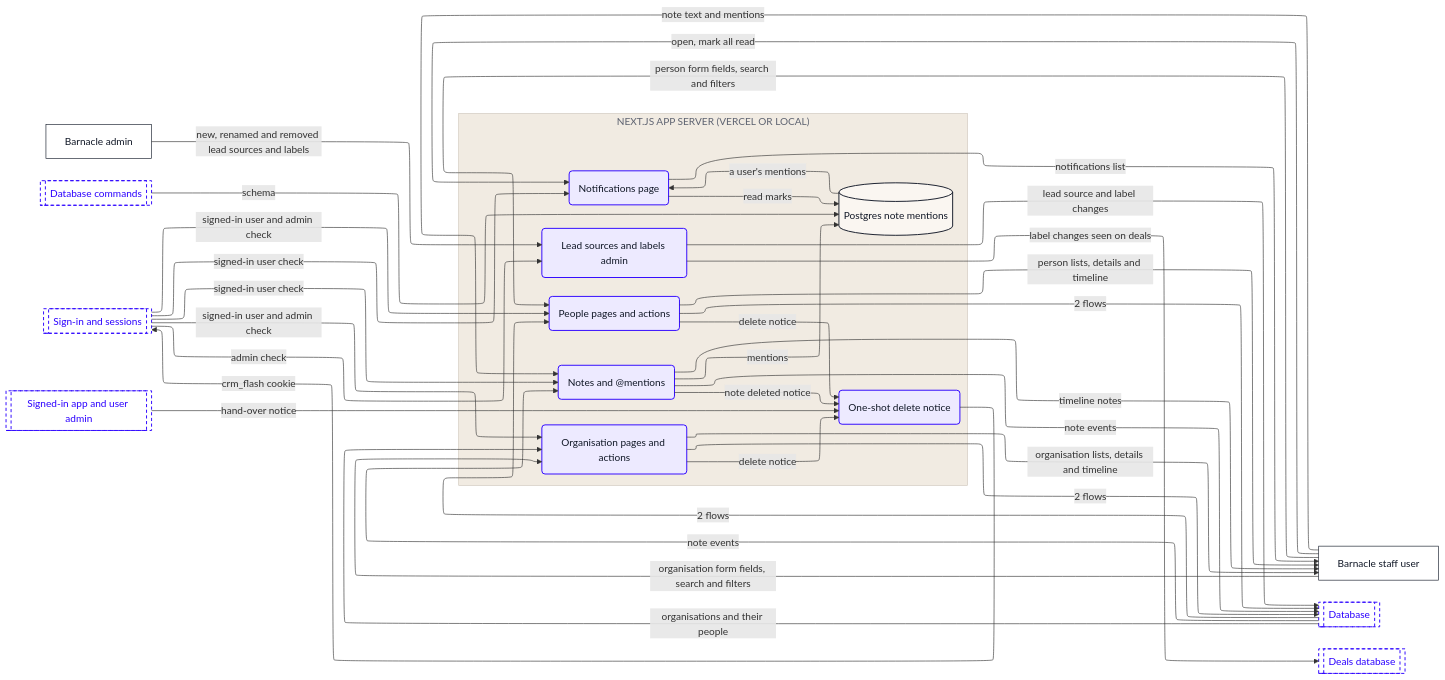
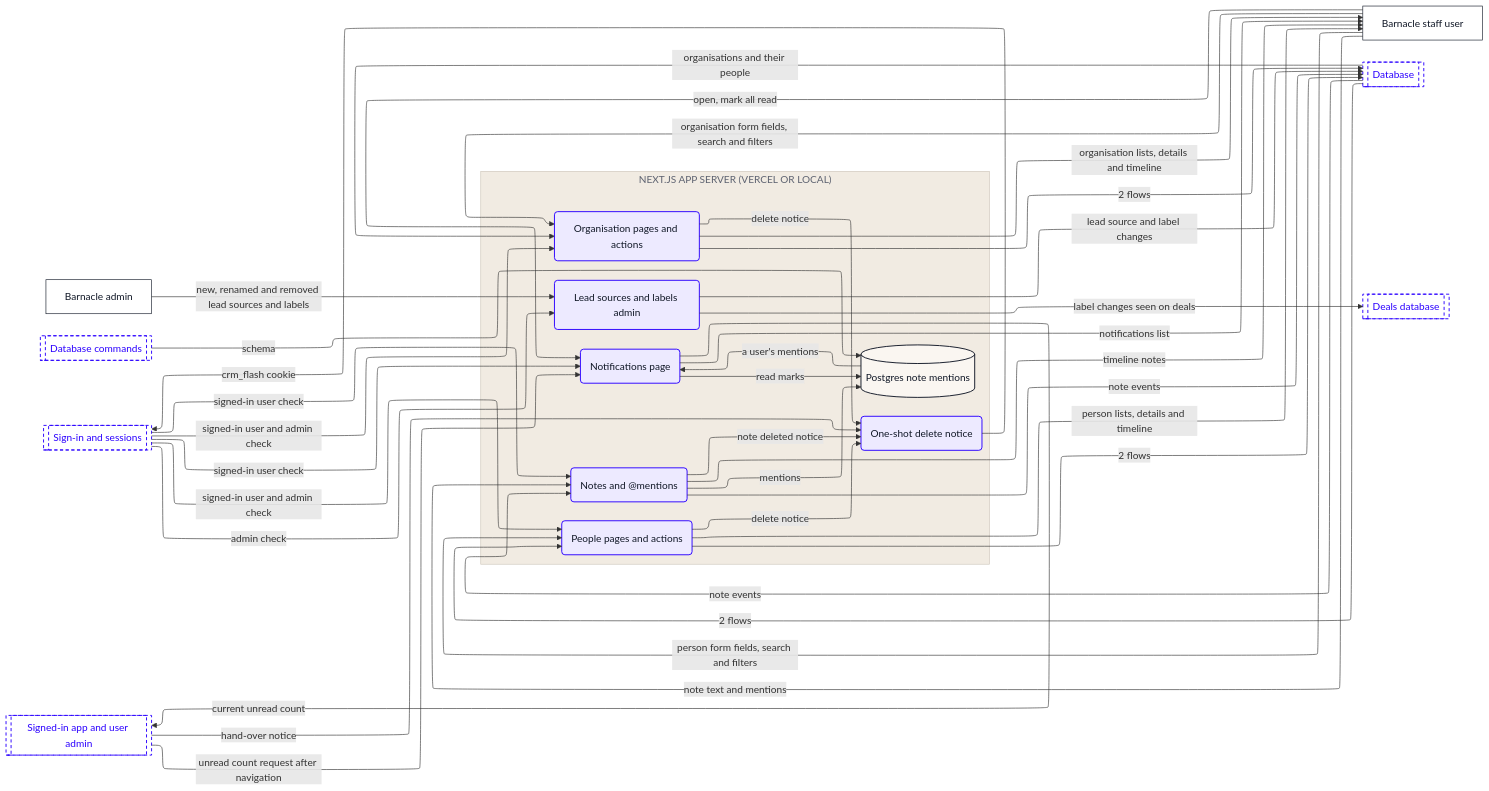
Before and after one commit to Romain-Perche/Barnacle-Pipe: the seventh of 10 diagrams in dataflow/DATAFLOW.md, drawn with Mermaid. The commit also changed other lines of this file and 5 other files, not shown here.

````diff
--- a/dataflow/DATAFLOW.md
+++ b/dataflow/DATAFLOW.md
@@ -344,65 +345,67 @@
 ```mermaid
 ---
 config:
   layout: elk
 ---
 flowchart LR
     n1["Barnacle admin"]
     n2["Barnacle staff user"]
     subgraph z1["NEXT.JS APP SERVER (VERCEL OR LOCAL)"]
         n3("Lead sources and labels admin")
         n4[("Postgres note mentions")]
         n5("Notes and @mentions")
         n6("Notifications page")
         n7("Organisation pages and actions")
         n8("People pages and actions")
         n9("One-shot delete notice")
     end
     n10[["Database"]]
     n11[["Database commands"]]
     n12[["Deals database"]]
     n13[["Sign-in and sessions"]]
     n14[["Signed-in app and user admin"]]
     n1 -->|"new, renamed and removed lead sources and labels"| n3
+    n14 -->|"unread count request after navigation"| n6
     n3 -->|"lead source and label changes"| n10
     n3 -->|"label changes seen on deals"| n12
     n10 -->|"2 flows"| n8
     n11 -->|"schema"| n4
     n4 -->|"a user's mentions"| n6
     n5 -->|"mentions"| n4
     n5 -->|"note deleted notice"| n9
     n5 -->|"timeline notes"| n2
     n5 -->|"note events"| n10
+    n6 -->|"current unread count"| n14
     n6 -->|"read marks"| n4
     n6 -->|"notifications list"| n2
     n7 -->|"2 flows"| n10
     n7 -->|"delete notice"| n9
     n7 -->|"organisation lists, details and timeline"| n2
     n10 -->|"organisations and their people"| n7
     n8 -->|"2 flows"| n10
     n8 -->|"delete notice"| n9
     n8 -->|"person lists, details and timeline"| n2
     n9 -->|"crm_flash cookie"| n13
     n13 -->|"admin check"| n3
     n13 -->|"signed-in user check"| n5
     n13 -->|"signed-in user check"| n6
     n13 -->|"signed-in user and admin check"| n7
     n13 -->|"signed-in user and admin check"| n8
     n2 -->|"note text and mentions"| n5
     n2 -->|"open, mark all read"| n6
     n2 -->|"organisation form fields, search and filters"| n7
     n2 -->|"person form fields, search and filters"| n8
     n10 -->|"note events"| n5
     n14 -->|"hand-over notice"| n9
     classDef actor fill:#FFFFFF,stroke:#111827,stroke-width:1px,color:#111827
     classDef process fill:#EDEAFF,stroke:#2B00FF,stroke-width:1.5px,color:#111827
     classDef store fill:#FAF6F1,stroke:#111827,stroke-width:1.5px,color:#111827
     classDef zone fill:#1A1A1A,stroke:#1A1A1A,color:#FFFFFF
     classDef group fill:#2B00FF,stroke:#2B00FF,color:#FFFFFF
     classDef stub fill:#FFFFFF,stroke:#2B00FF,stroke-width:1.5px,stroke-dasharray:5 4,color:#2B00FF
     class n1,n2 actor
     class n3,n5,n6,n7,n8,n9 process
     class n4 store
     class n10,n11,n12,n13,n14 stub
     style z1 fill:#F1EBE2,stroke:#CFC7BB,color:#5D6270
 ```
````
